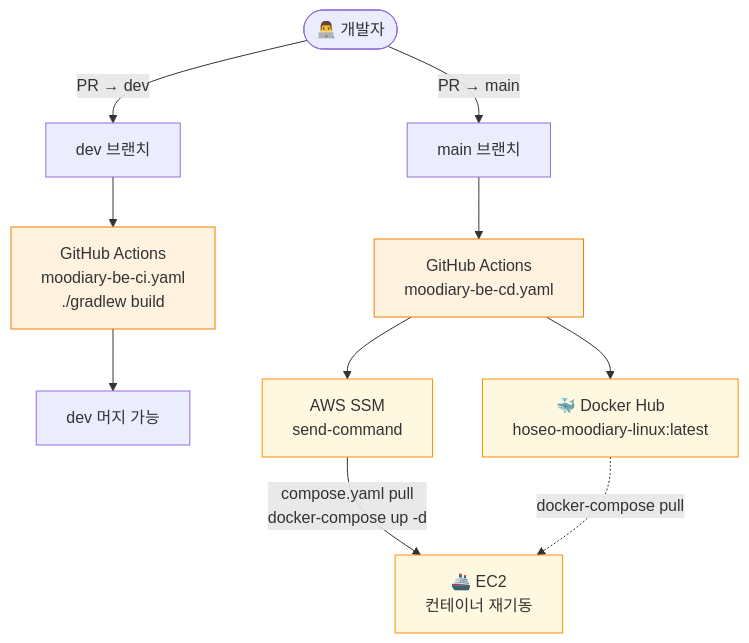
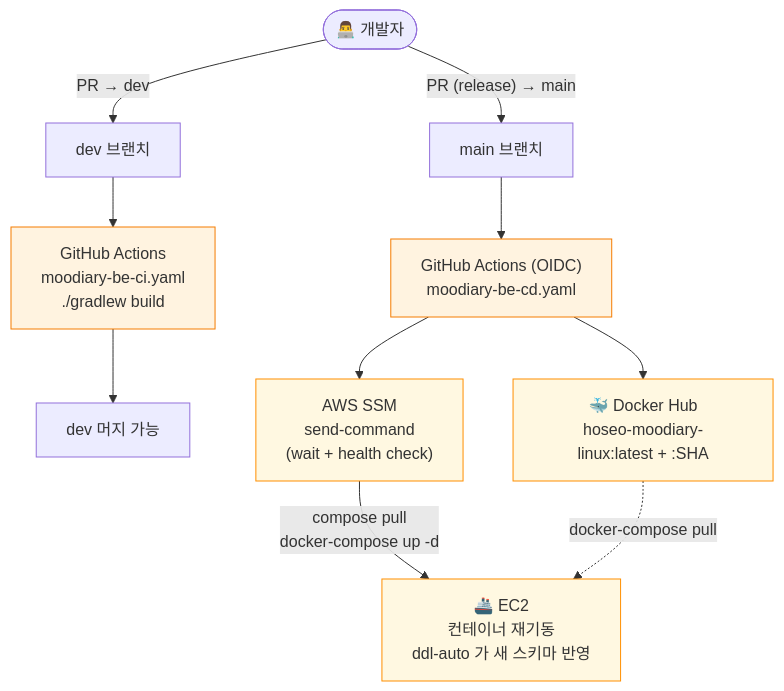
The third of 3 diagrams in README.md (Goospel/hoseo-moodiary), drawn with Mermaid before and after one commit. The commit also changed other lines of this file and 22 other files, not shown here.

````diff
--- a/README.md
+++ b/README.md
@@ -238,21 +238,21 @@
 ```mermaid
 flowchart TB
     Dev(["👨‍💻 개발자"])
 
     Dev -->|"PR → dev"| PR1[dev 브랜치]
-    Dev -->|"PR → main"| PR2[main 브랜치]
+    Dev -->|"PR (release) → main"| PR2[main 브랜치]
 
     PR1 --> CI["GitHub Actions<br/>moodiary-be-ci.yaml<br/>./gradlew build"]
     CI --> Merge1["dev 머지 가능"]
 
-    PR2 --> CD["GitHub Actions<br/>moodiary-be-cd.yaml"]
-    CD --> DH["🐳 Docker Hub<br/>hoseo-moodiary-linux:latest"]
-    CD --> SSM["AWS SSM<br/>send-command"]
-    SSM -->|"compose.yaml pull<br/>docker-compose up -d"| EC2["🚢 EC2<br/>컨테이너 재기동"]
+    PR2 --> CD["GitHub Actions (OIDC)<br/>moodiary-be-cd.yaml"]
+    CD --> DH["🐳 Docker Hub<br/>hoseo-moodiary-linux:latest + :SHA"]
+    CD --> SSM["AWS SSM<br/>send-command<br/>(wait + health check)"]
+    SSM -->|"compose pull<br/>docker-compose up -d"| EC2["🚢 EC2<br/>컨테이너 재기동<br/>ddl-auto 가 새 스키마 반영"]
     DH -.->|"docker-compose pull"| EC2
 
     classDef trigger fill:#fff3e0,stroke:#f57c00
     classDef aws fill:#fff8e1,stroke:#ff8f00
     class CI,CD trigger
     class DH,SSM,EC2 aws
 ```
````
